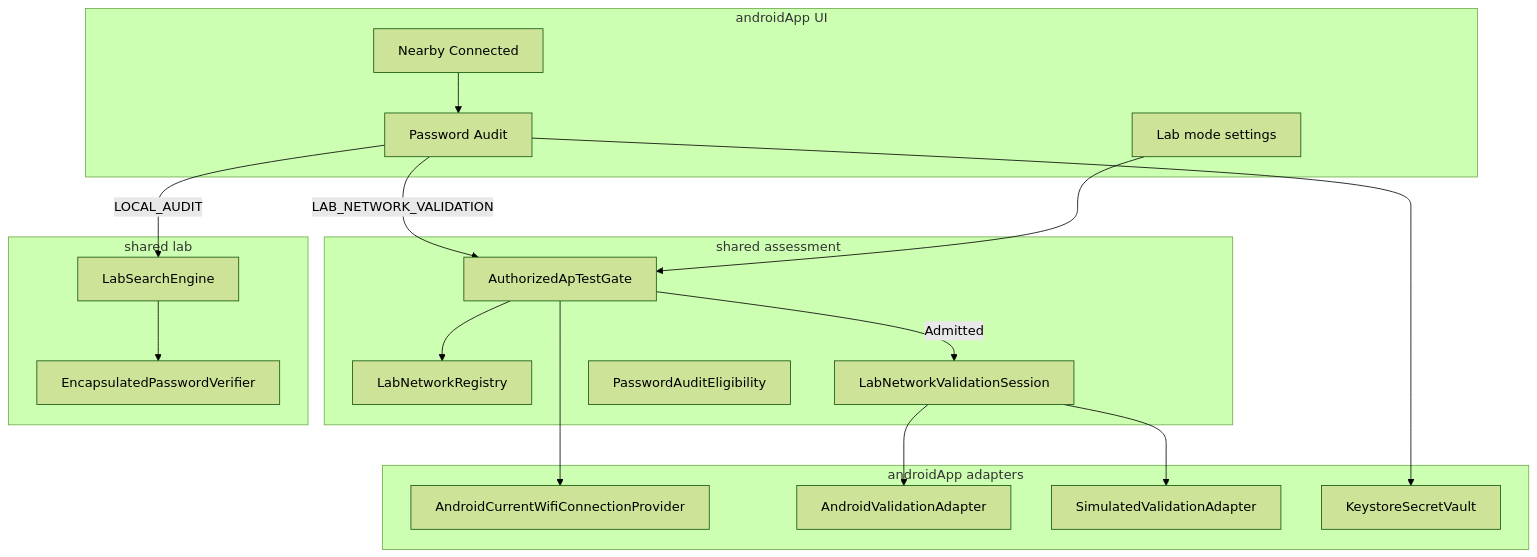
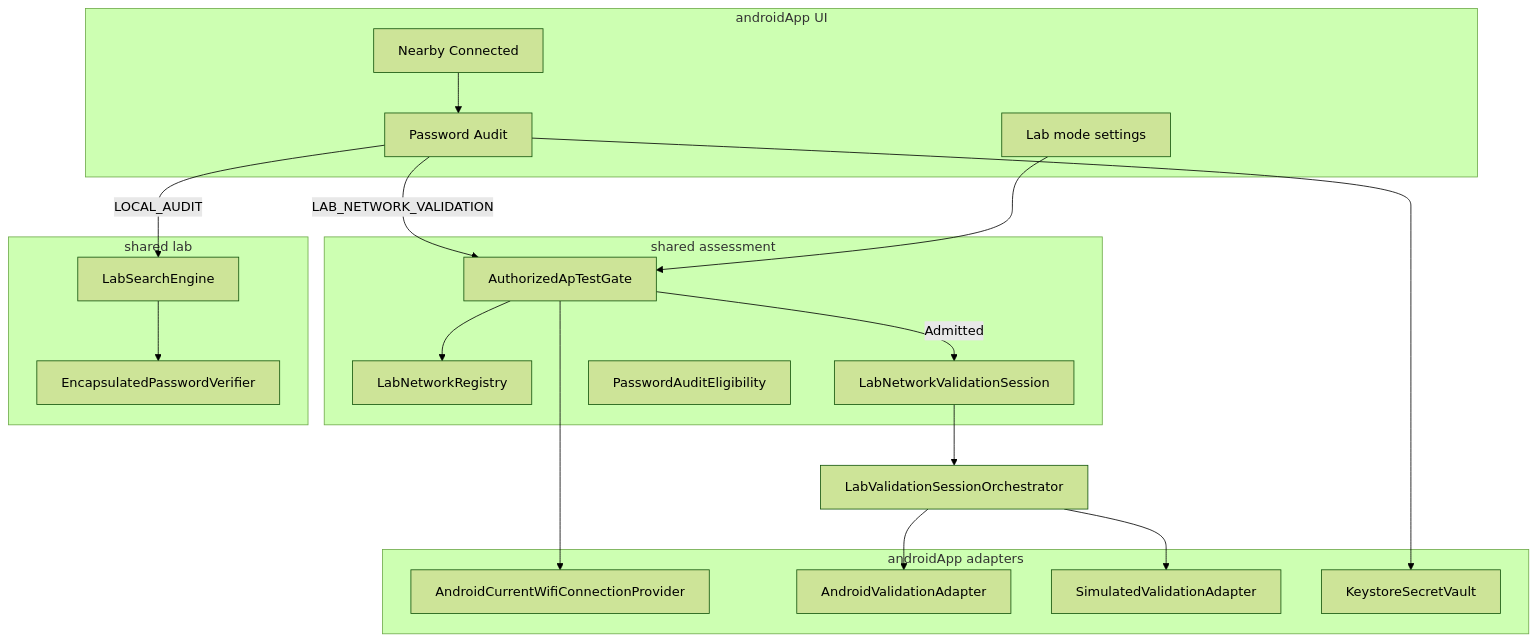
Before and after one commit to sergio-tr/password-cracker: the diagram in docs/14-authorized-lab-validation-plan.md, drawn with Mermaid (forest theme). The commit also changed other lines of this file and 18 other files, not shown here.

First line of the commit message:
feat(audit): cerrar F1 de sesión LAB_NETWORK_VALIDATION

````diff
--- a/docs/14-authorized-lab-validation-plan.md
+++ b/docs/14-authorized-lab-validation-plan.md
@@ -448,39 +456,40 @@
 ```mermaid
 flowchart TB
   subgraph ui [androidApp UI]
     Nearby[Nearby Connected]
     AuditUI[Password Audit]
     Settings[Lab mode settings]
   end
 
   subgraph app [androidApp adapters]
     Conn[AndroidCurrentWifiConnectionProvider]
     AndroidAdapter[AndroidValidationAdapter]
     SimAdapter[SimulatedValidationAdapter]
     VaultAdapter[KeystoreSecretVault]
   end
 
   subgraph assessment [shared assessment]
     Gate[AuthorizedApTestGate]
     Registry[LabNetworkRegistry]
     Session[LabNetworkValidationSession]
     Eligibility[PasswordAuditEligibility]
   end
 
   subgraph lab [shared lab]
     Engine[LabSearchEngine]
     Encap[EncapsulatedPasswordVerifier]
   end
 
   Nearby --> AuditUI
   AuditUI -->|LOCAL_AUDIT| Engine
   Engine --> Encap
   AuditUI -->|LAB_NETWORK_VALIDATION| Gate
   Gate --> Registry
   Gate --> Conn
   Gate -->|Admitted| Session
-  Session --> AndroidAdapter
-  Session --> SimAdapter
+  Session --> Orchestrator[LabValidationSessionOrchestrator]
+  Orchestrator --> AndroidAdapter
+  Orchestrator --> SimAdapter
   AuditUI --> VaultAdapter
   Settings --> Gate
 ```
````
